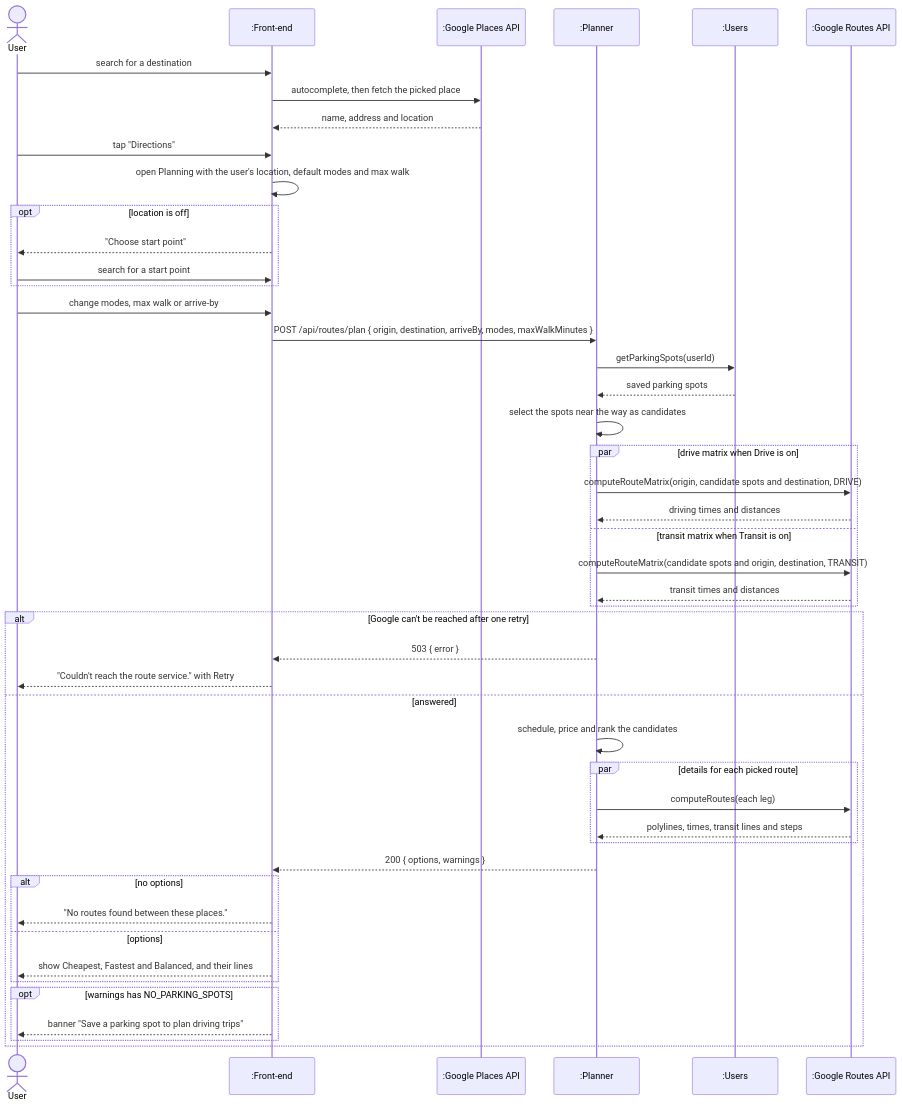
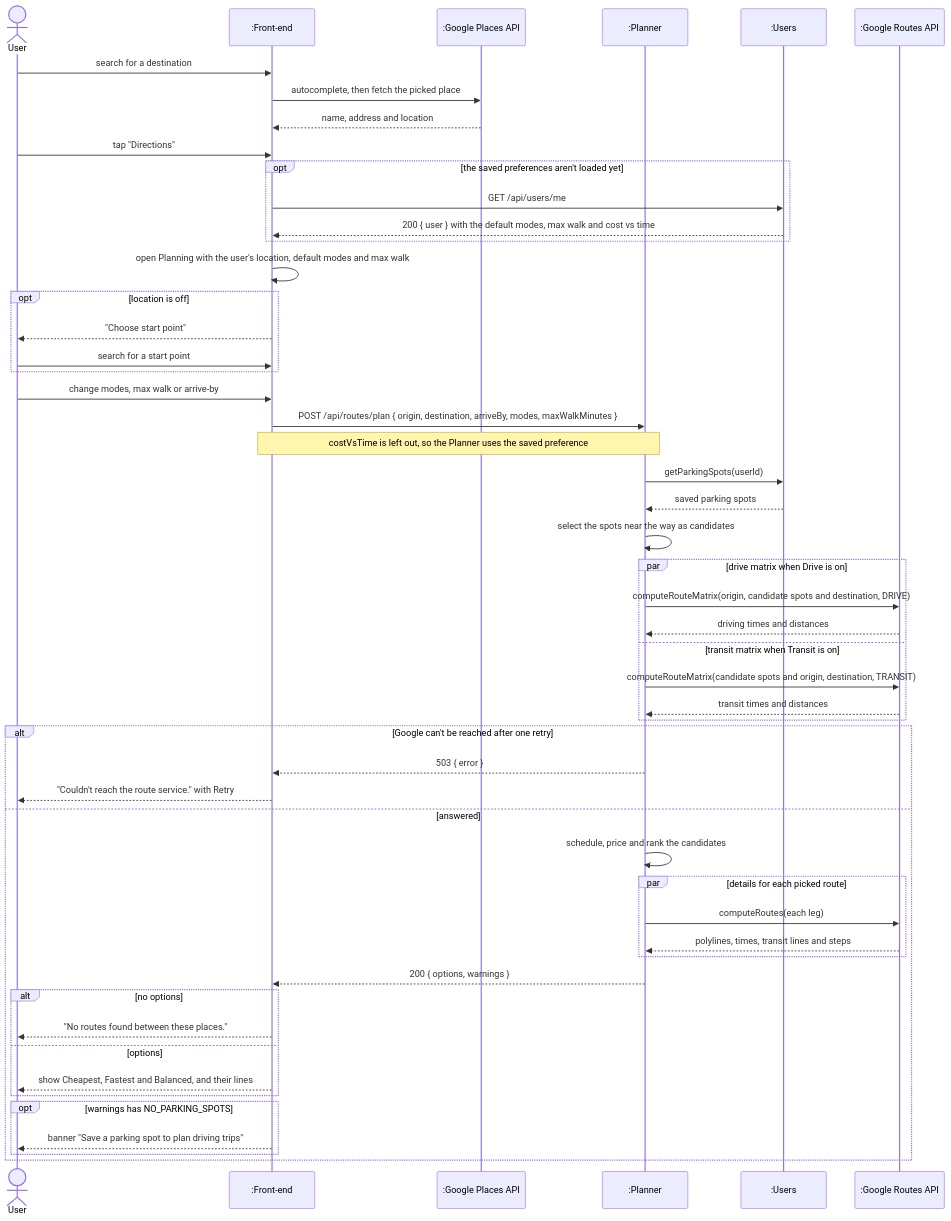
The second of 6 diagrams in documentation/Requirements_and_Design.md (adamdeleeuw/trailmix), drawn with Mermaid before and after one commit. The commit also changed other lines of this file, not shown here.

First line of the commit message:
docs: match the use case names to the diagram and add Timmy's sequence updates (#75)

````diff
--- a/documentation/Requirements_and_Design.md
+++ b/documentation/Requirements_and_Design.md
@@ -520,50 +517,55 @@
 ```mermaid
 sequenceDiagram
     actor User
     participant App as :Front-end
     participant Places as :Google Places API
     participant Planner as :Planner
     participant Users as :Users
     participant GR as :Google Routes API
 
     User->>App: search for a destination
     App->>Places: autocomplete, then fetch the picked place
     Places-->>App: name, address and location
     User->>App: tap "Directions"
+    opt the saved preferences aren't loaded yet
+        App->>Users: GET /api/users/me
+        Users-->>App: 200 { user } with the default modes, max walk and cost vs time
+    end
     App->>App: open Planning with the user's location, default modes and max walk
     opt location is off
         App-->>User: "Choose start point"
         User->>App: search for a start point
     end
     User->>App: change modes, max walk or arrive-by
     App->>Planner: POST /api/routes/plan { origin, destination, arriveBy, modes, maxWalkMinutes }
+    Note over App,Planner: costVsTime is left out, so the Planner uses the saved preference
     Planner->>Users: getParkingSpots(userId)
     Users-->>Planner: saved parking spots
     Planner->>Planner: select the spots near the way as candidates
     par drive matrix when Drive is on
         Planner->>GR: computeRouteMatrix(origin, candidate spots and destination, DRIVE)
         GR-->>Planner: driving times and distances
     and transit matrix when Transit is on
         Planner->>GR: computeRouteMatrix(candidate spots and origin, destination, TRANSIT)
         GR-->>Planner: transit times and distances
     end
     alt Google can't be reached after one retry
         Planner-->>App: 503 { error }
         App-->>User: "Couldn't reach the route service." with Retry
     else answered
         Planner->>Planner: schedule, price and rank the candidates
         par details for each picked route
             Planner->>GR: computeRoutes(each leg)
             GR-->>Planner: polylines, times, transit lines and steps
         end
         Planner-->>App: 200 { options, warnings }
         alt no options
             App-->>User: "No routes found between these places."
         else options
             App-->>User: show Cheapest, Fastest and Balanced, and their lines
         end
         opt warnings has NO_PARKING_SPOTS
             App-->>User: banner "Save a parking spot to plan driving trips"
         end
     end
 ```
````
